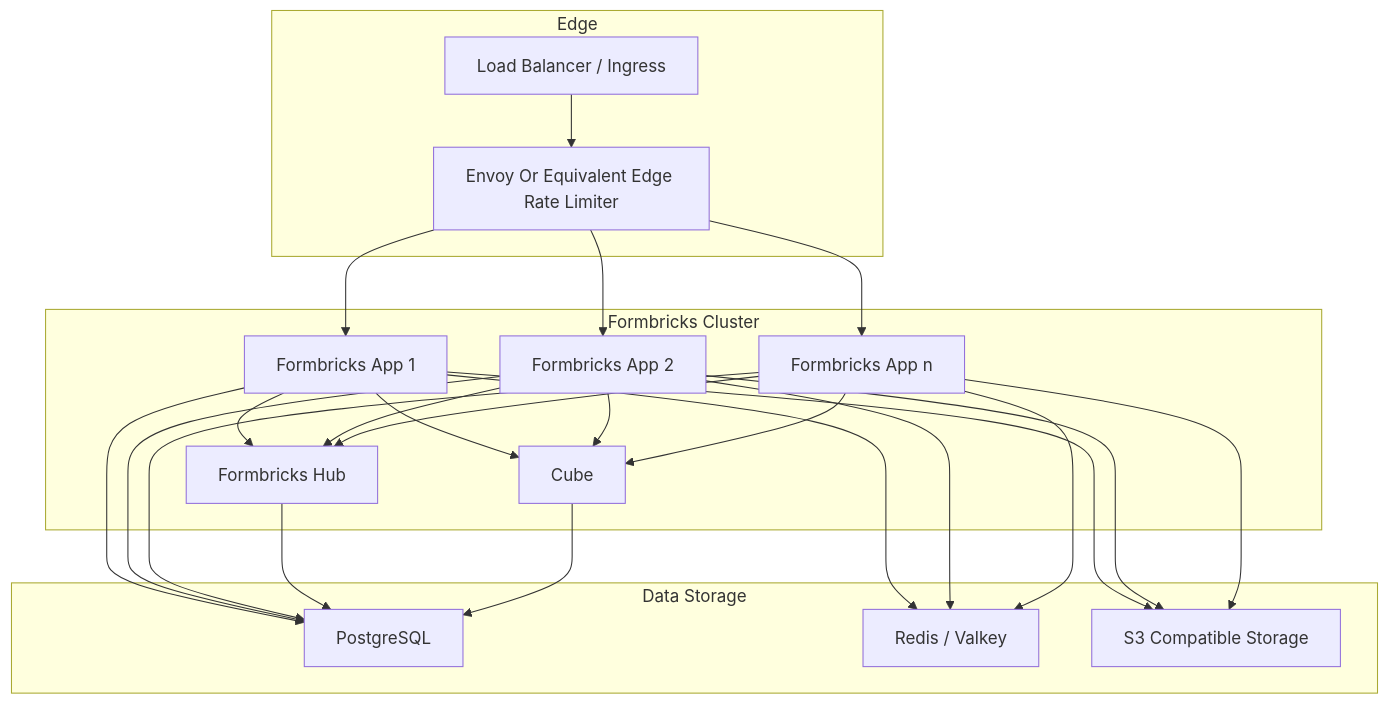
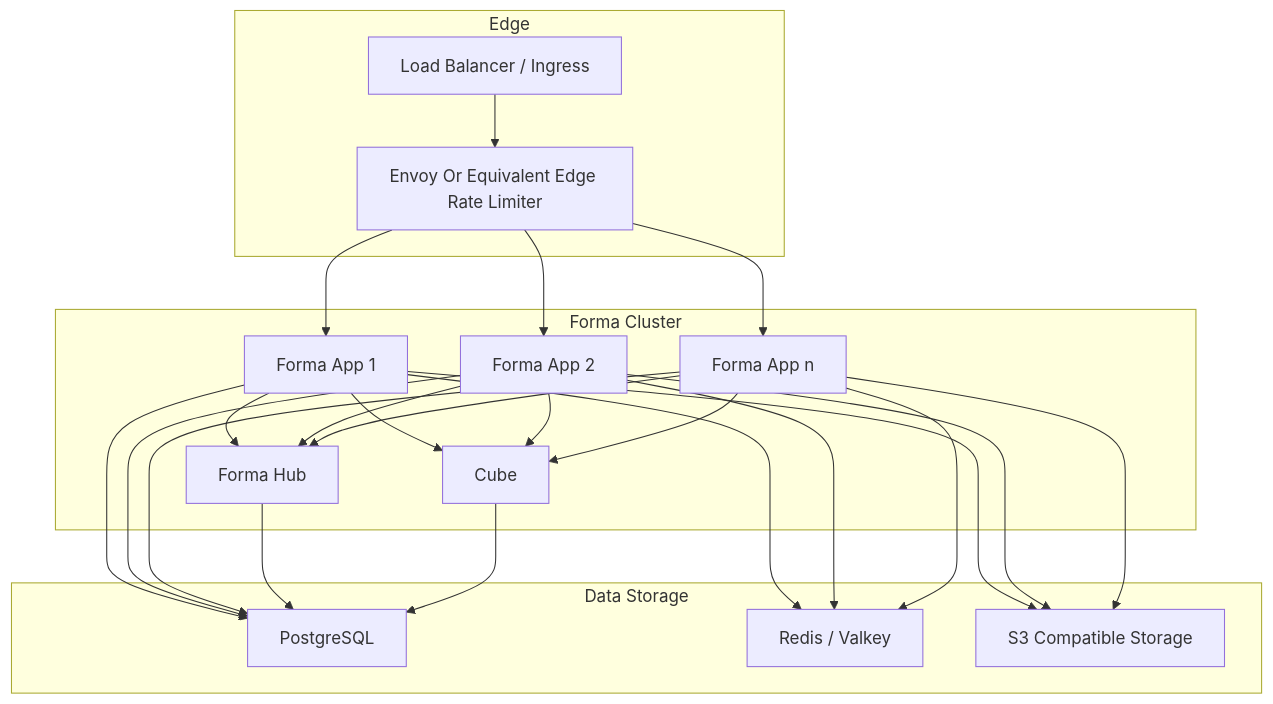
One commit to yldm-tech/forma changed the diagram in docs/self-hosting/setup/cluster-setup.mdx. Above: the diagram before and after it, drawn with Mermaid. The commit also changed other lines of this file and 2576 other files, not shown here.

First line of the commit message:
feat: rebrand Formbricks to Forma

````diff
--- a/docs/self-hosting/setup/cluster-setup.mdx
+++ b/docs/self-hosting/setup/cluster-setup.mdx
@@ -30,48 +30,48 @@
 ```mermaid
 graph TD
     subgraph Edge
         LB["Load Balancer / Ingress"]
         RL["Envoy Or Equivalent Edge Rate Limiter"]
     end
 
-    subgraph Formbricks Cluster
-        FB1["Formbricks App 1"]
-        FB2["Formbricks App 2"]
-        FB3["Formbricks App n"]
-        HUB["Formbricks Hub"]
+    subgraph Forma Cluster
+        FB1["Forma App 1"]
+        FB2["Forma App 2"]
+        FB3["Forma App n"]
+        HUB["Forma Hub"]
         CUBE["Cube"]
     end
 
     subgraph Data Storage
         PSQL["PostgreSQL"]
         REDIS["Redis / Valkey"]
         S3["S3 Compatible Storage"]
     end
 
     LB --> RL
     RL --> FB1
     RL --> FB2
     RL --> FB3
 
     FB1 --> PSQL
     FB2 --> PSQL
     FB3 --> PSQL
     HUB --> PSQL
 
     FB1 --> REDIS
     FB2 --> REDIS
     FB3 --> REDIS
 
     FB1 --> HUB
     FB2 --> HUB
     FB3 --> HUB
 
     FB1 --> CUBE
     FB2 --> CUBE
     FB3 --> CUBE
     CUBE --> PSQL
 
     FB1 --> S3
     FB2 --> S3
     FB3 --> S3
 ```
````
